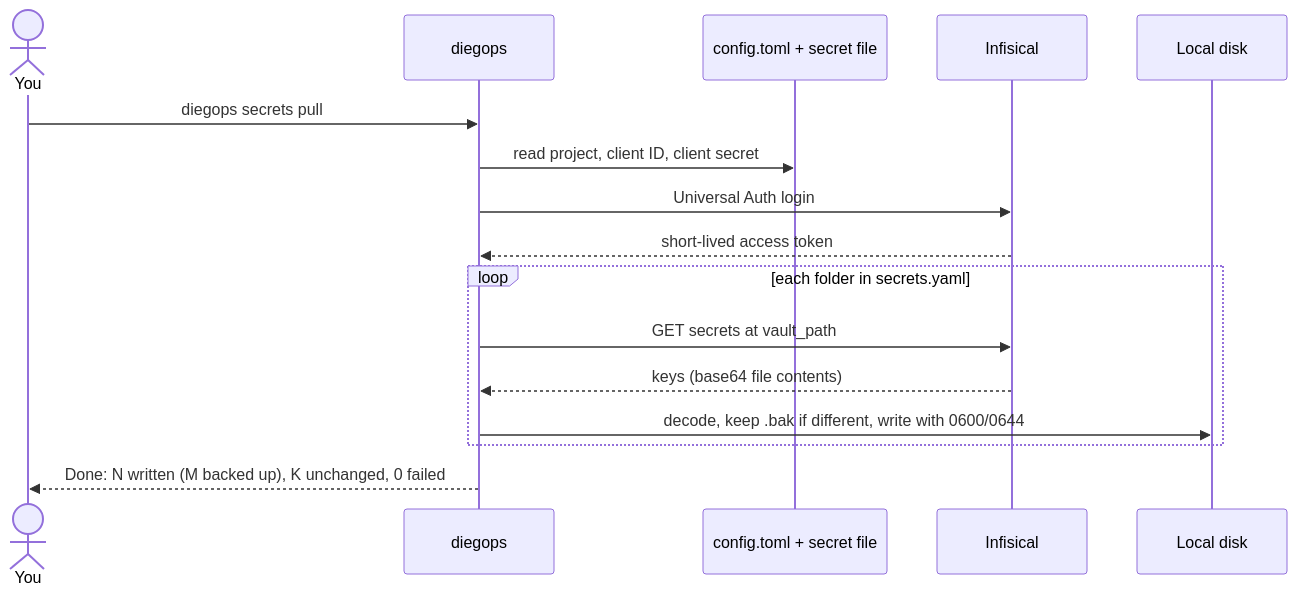
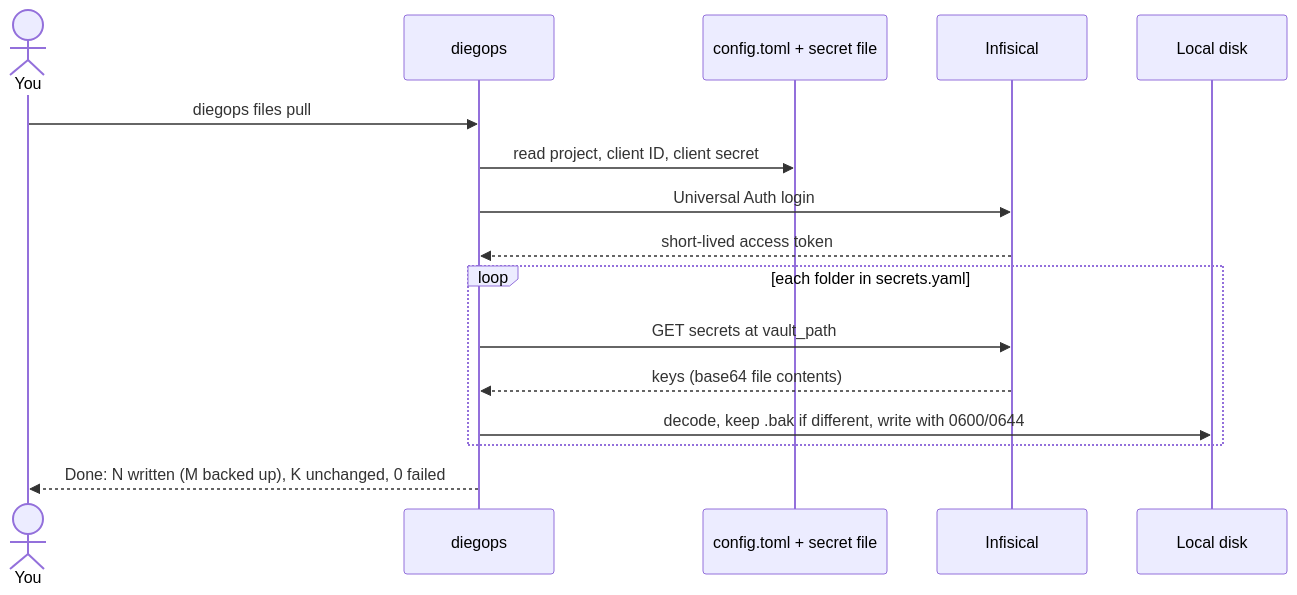
One commit to CaDi-Team/diegops-tools changed the fifth of 7 diagrams in README.md. Above: the diagram before and after it, drawn with Mermaid. The commit also changed other lines of this file and 10 other files, not shown here.

````diff
--- a/README.md
+++ b/README.md
@@ -379,18 +381,18 @@
 ```mermaid
 sequenceDiagram
     actor You
     participant D as diegops
     participant C as config.toml + secret file
     participant I as Infisical
     participant FS as Local disk
-    You->>D: diegops secrets pull
+    You->>D: diegops files pull
     D->>C: read project, client ID, client secret
     D->>I: Universal Auth login
     I-->>D: short-lived access token
     loop each folder in secrets.yaml
         D->>I: GET secrets at vault_path
         I-->>D: keys (base64 file contents)
         D->>FS: decode, keep .bak if different, write with 0600/0644
     end
     D-->>You: Done: N written (M backed up), K unchanged, 0 failed
 ```
````
